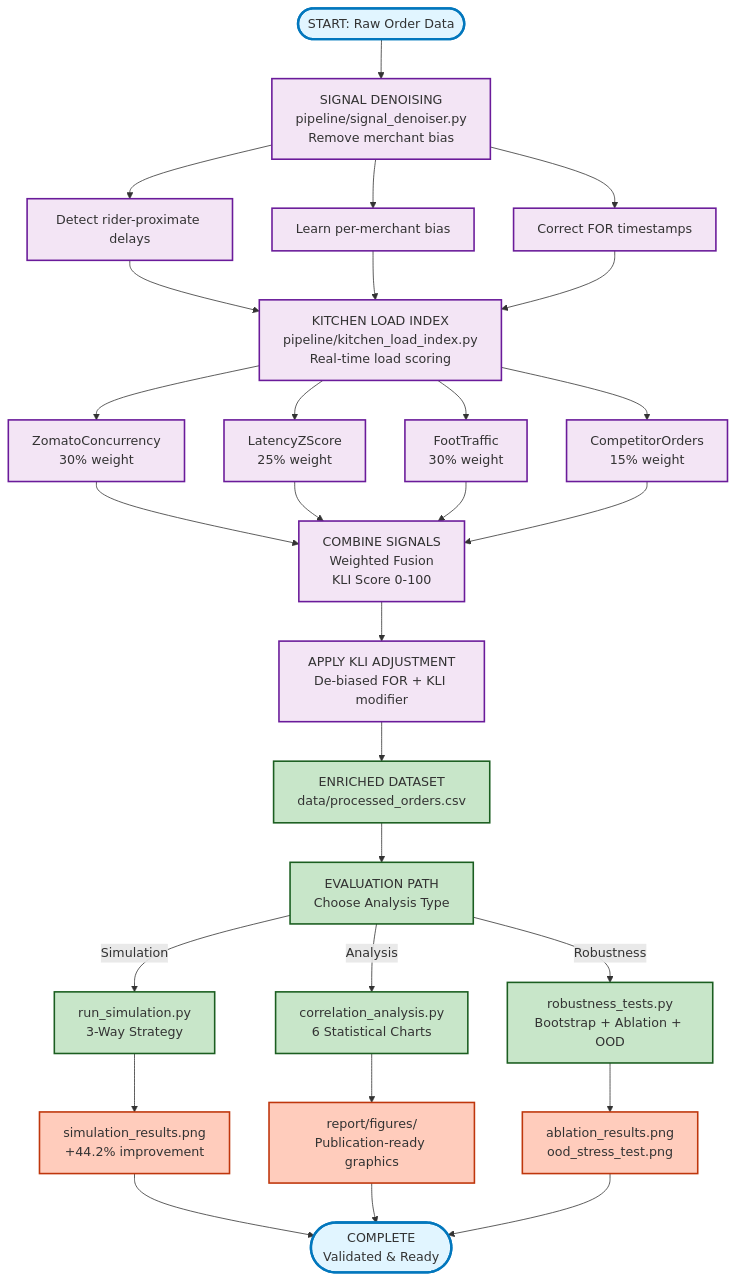
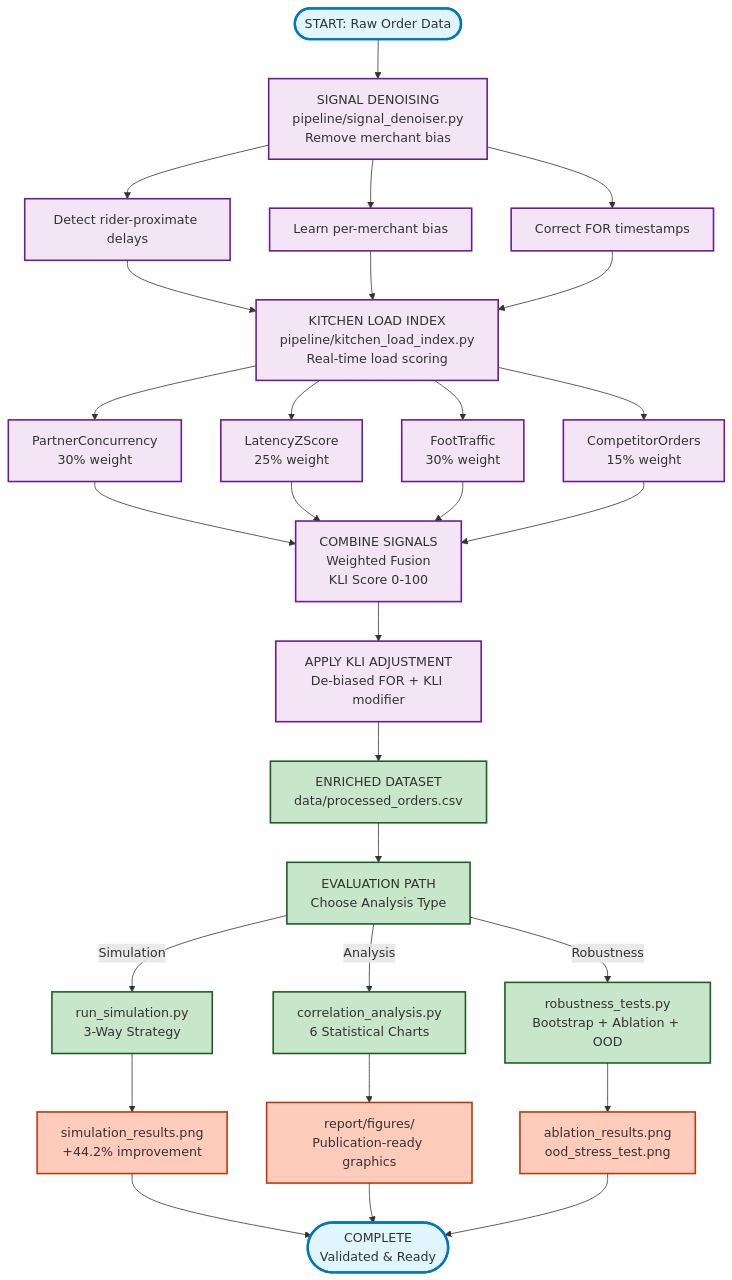
One commit to ayhm23/KitchenPulse-Zomato-KPT changed the diagram in README.md. Above: the diagram before and after it, drawn with Mermaid. The commit also changed other lines of this file and 2 other files, not shown here.

````diff
--- a/README.md
+++ b/README.md
@@ -223,48 +250,48 @@
 ```mermaid
 graph TD
     START(["START: Raw Order Data"]) --> DENOISE["SIGNAL DENOISING<br/>pipeline/signal_denoiser.py<br/>Remove merchant bias"]
     
     DENOISE --> D1["Detect rider-proximate delays"]
     DENOISE --> D2["Learn per-merchant bias"]
     DENOISE --> D3["Correct FOR timestamps"]
     
     D1 & D2 & D3 --> KLI["KITCHEN LOAD INDEX<br/>pipeline/kitchen_load_index.py<br/>Real-time load scoring"]
     
-    KLI --> K1["ZomatoConcurrency<br/>30% weight"]
+    KLI --> K1["PartnerConcurrency<br/>30% weight"]
     KLI --> K2["LatencyZScore<br/>25% weight"]
     KLI --> K3["FootTraffic<br/>30% weight"]
     KLI --> K4["CompetitorOrders<br/>15% weight"]
     
     K1 & K2 & K3 & K4 --> COMBINE["COMBINE SIGNALS<br/>Weighted Fusion<br/>KLI Score 0-100"]
     
     COMBINE --> ADJUST["APPLY KLI ADJUSTMENT<br/>De-biased FOR + KLI modifier"]
     
     ADJUST --> OUTPUT["ENRICHED DATASET<br/>data/processed_orders.csv"]
     
     OUTPUT --> EVAL["EVALUATION PATH<br/>Choose Analysis Type"]
     
     EVAL -->|Simulation| SIM["run_simulation.py<br/>3-Way Strategy"]
     SIM --> CHART1["simulation_results.png<br/>+44.2% improvement"]
     
     EVAL -->|Analysis| CORR["correlation_analysis.py<br/>6 Statistical Charts"]
     CORR --> CHART2["report/figures/<br/>Publication-ready graphics"]
     
     EVAL -->|Robustness| ROBUST["robustness_tests.py<br/>Bootstrap + Ablation + OOD"]
     ROBUST --> CHART3["ablation_results.png<br/>ood_stress_test.png"]
     
     CHART1 & CHART2 & CHART3 --> END(["COMPLETE<br/>Validated & Ready"])
     
     classDef input fill:#e1f5ff,stroke:#0277bd,stroke-width:3px
     classDef process fill:#f3e5f5,stroke:#6a1b9a,stroke-width:2px
     classDef output fill:#fff9c4,stroke:#f57f17,stroke-width:2px
     classDef analysis fill:#c8e6c9,stroke:#1b5e20,stroke-width:2px
     classDef result fill:#ffccbc,stroke:#bf360c,stroke-width:2px
     
     class START,END input
     class OUTPUT analysis
     class DENOISE,KLI,COMBINE,ADJUST process
     class D1,D2,D3,K1,K2,K3,K4 process
     class SIM,CORR,ROBUST analysis
     class CHART1,CHART2,CHART3 result
     class EVAL analysis
 ```
````
